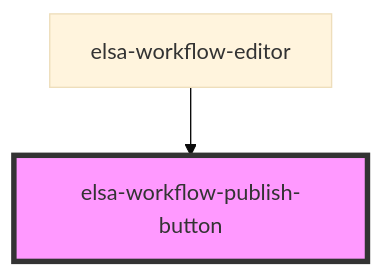
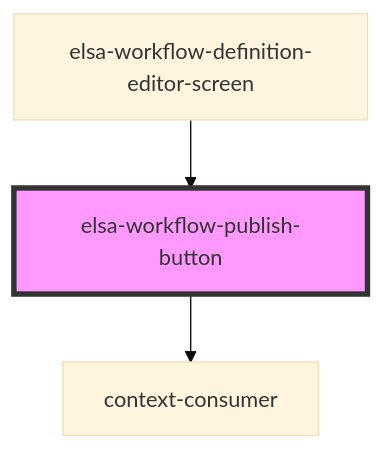
One commit to elsa-workflows/elsa-core changed the diagram in src/designer/elsa-workflows-studio/src/components/screens/workflow-definition-editor/elsa-workflow-publish-button/readme.md. Above: the diagram before and after it, drawn with Mermaid (base theme). The commit also changed other lines of this file and 32 other files, not shown here.

````diff
--- a/src/designer/elsa-workflows-studio/src/components/screens/workflow-definition-editor/elsa-workflow-publish-button/readme.md
+++ b/src/designer/elsa-workflows-studio/src/components/screens/workflow-definition-editor/elsa-workflow-publish-button/readme.md
@@ -31,5 +37,6 @@
 ```mermaid
 graph TD;
-  elsa-workflow-editor --> elsa-workflow-publish-button
+  elsa-workflow-publish-button --> context-consumer
+  elsa-workflow-definition-editor-screen --> elsa-workflow-publish-button
   style elsa-workflow-publish-button fill:#f9f,stroke:#333,stroke-width:4px
 ```
````
